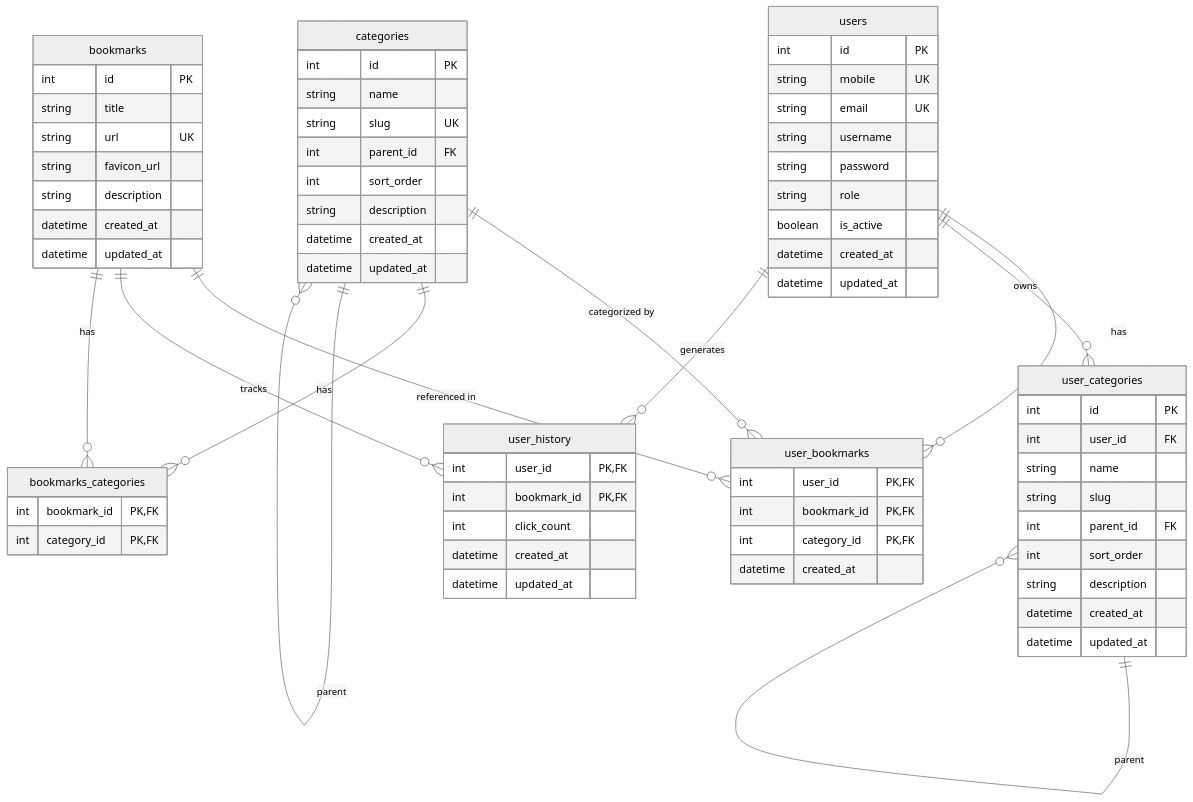
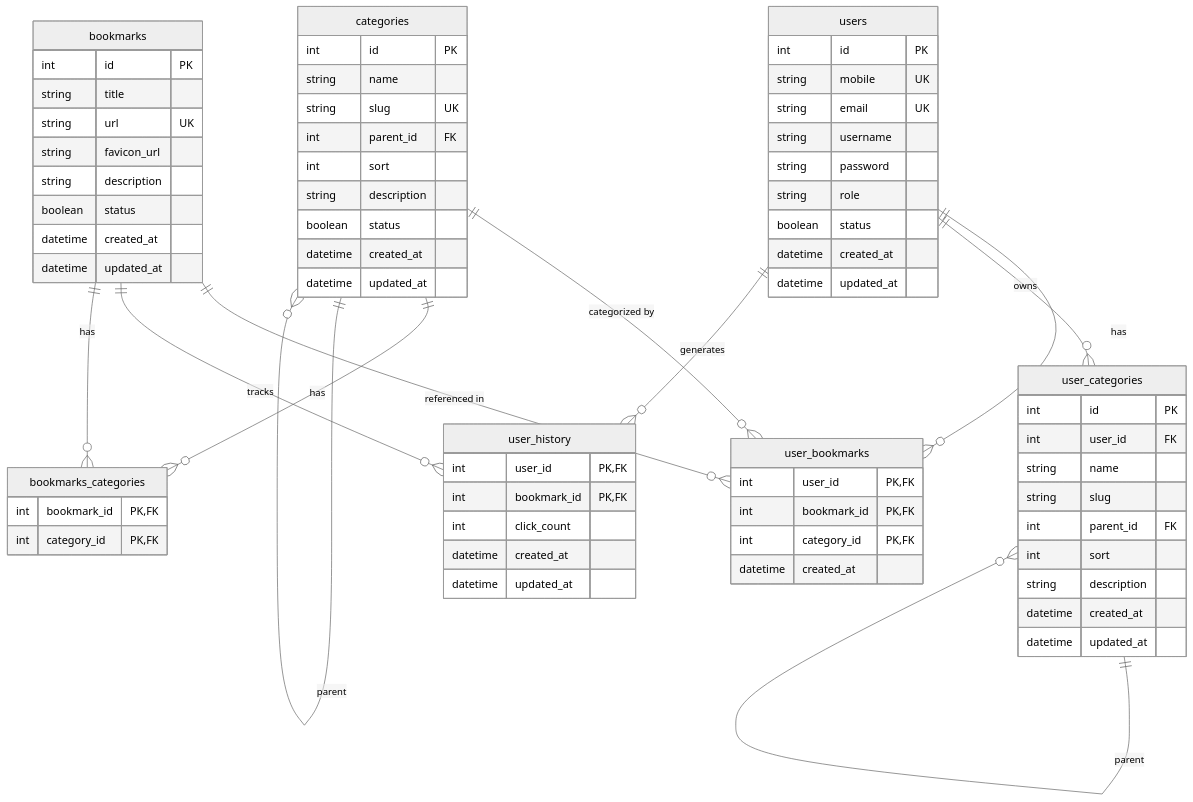
The diagram in db.md (shange6/linknest), drawn with Mermaid (neutral theme) before and after one commit. The commit also changed other lines of this file and 18 other files, not shown here.

````diff
--- a/db.md
+++ b/db.md
@@ -5,76 +5,78 @@
 ```mermaid
 erDiagram
     users {
         int id PK
         string mobile UK
         string email UK
         string username
         string password
         string role
-        boolean is_active
+        boolean status
         datetime created_at
         datetime updated_at
     }
     categories {
         int id PK
         string name
         string slug UK
         int parent_id FK
-        int sort_order
+        int sort
         string description
+        boolean status
         datetime created_at
         datetime updated_at
     }
     bookmarks {
         int id PK
         string title
         string url UK
         string favicon_url
         string description
+        boolean status
         datetime created_at
         datetime updated_at
     }
     bookmarks_categories {
         int bookmark_id PK, FK
         int category_id PK, FK
     }
     user_bookmarks {
         int user_id PK, FK
         int bookmark_id PK, FK
         int category_id PK, FK
         datetime created_at
     }
     user_categories {
         int id PK
         int user_id FK
         string name
         string slug
         int parent_id FK
-        int sort_order
+        int sort
         string description
         datetime created_at
         datetime updated_at
     }
     user_history {
         int user_id PK, FK
         int bookmark_id PK, FK
         int click_count
         datetime created_at
         datetime updated_at
     }
 
     users ||--o{ user_bookmarks : "has"
     bookmarks ||--o{ user_bookmarks : "referenced in"
     categories ||--o{ user_bookmarks : "categorized by"
     
     users ||--o{ user_categories : "owns"
     user_categories ||--o{ user_categories : "parent"
     
     users ||--o{ user_history : "generates"
     bookmarks ||--o{ user_history : "tracks"
     
     bookmarks ||--o{ bookmarks_categories : "has"
     categories ||--o{ bookmarks_categories : "has"
     
     categories ||--o{ categories : "parent"
 ```
````
